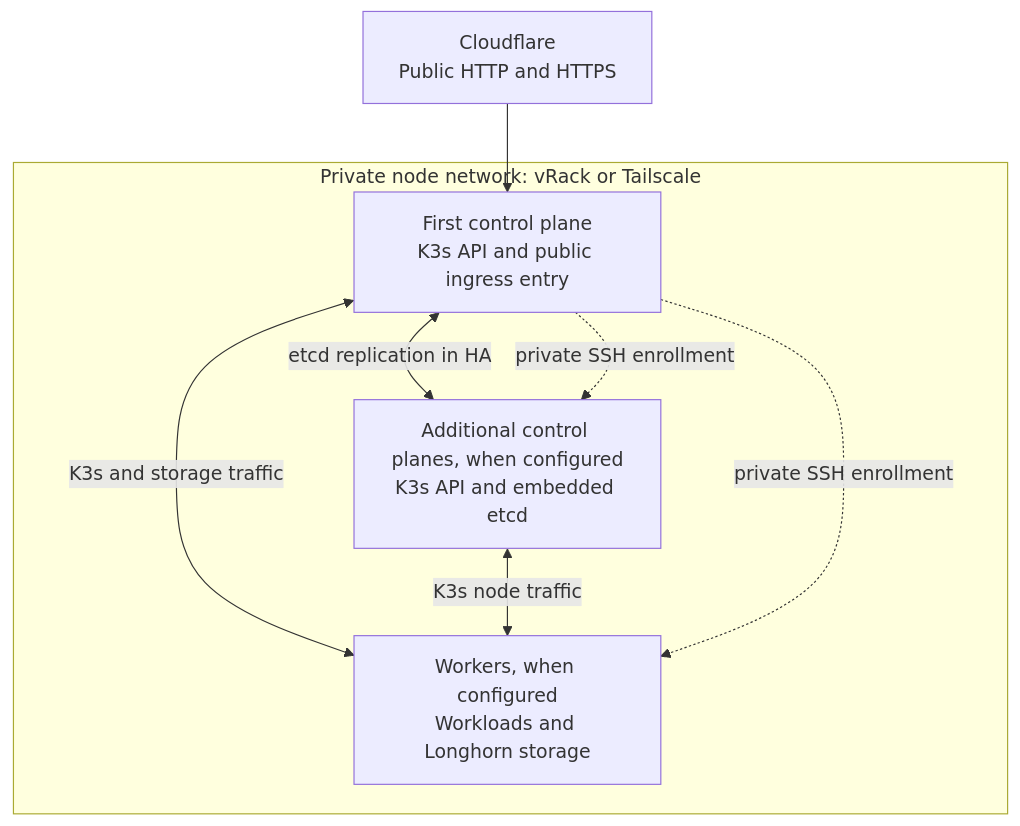
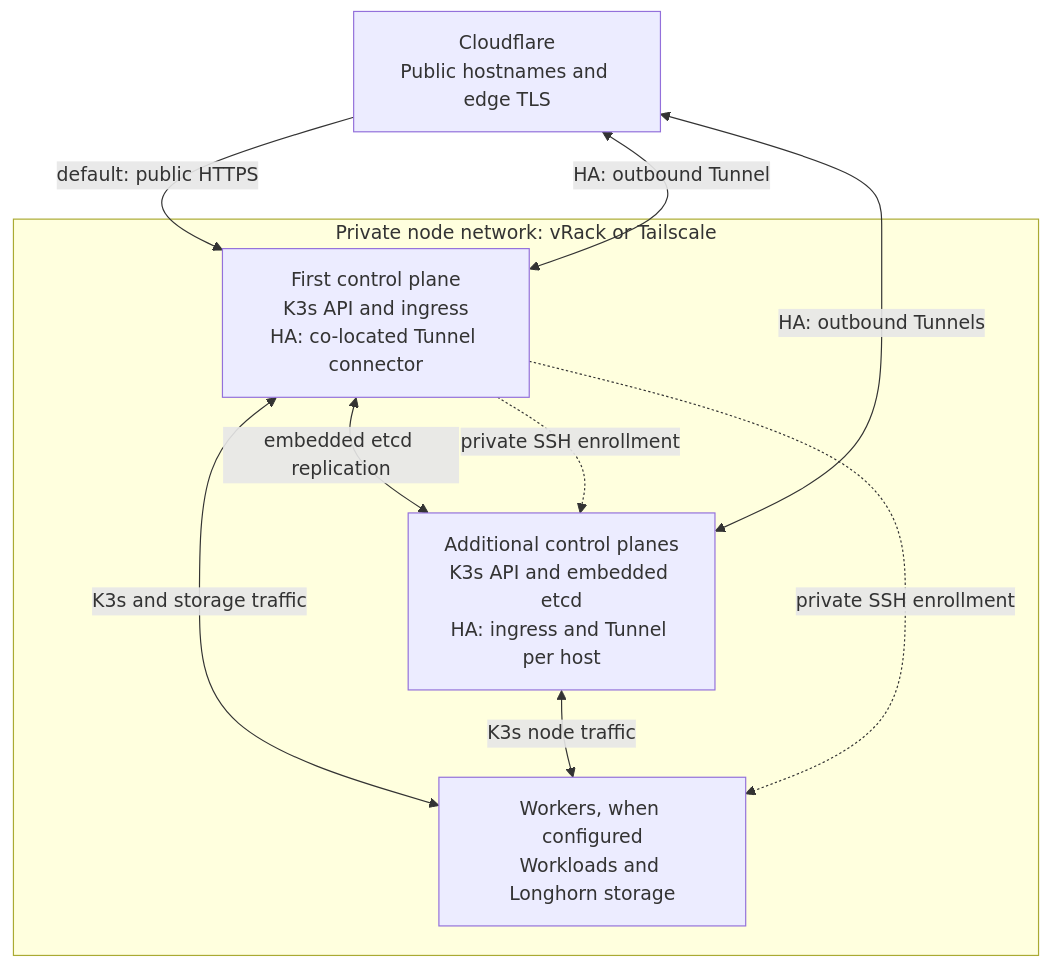
The diagram in docs/networking.md (chefzaid/bm-cluster), drawn with Mermaid before and after one commit. The commit also changed other lines of this file and 88 other files, not shown here.

````diff
--- a/docs/networking.md
+++ b/docs/networking.md
@@ -9,16 +10,19 @@
 ```mermaid
 flowchart TB
-    accTitle: Public entry point and private node topology
-    accDescr: Only the first control plane receives public web traffic. Additional control planes and workers join through vRack or Tailscale.
-    Edge["Cloudflare<br/>Public HTTP and HTTPS"] --> First
+    accTitle: Default and HA ingress over the private node network
+    accDescr: Default public traffic enters the first control plane. Opt-in HA uses outbound Cloudflare Tunnel connectors beside ingress on each control plane. Control planes and workers communicate privately through vRack or Tailscale.
+    Edge["Cloudflare<br/>Public hostnames and edge TLS"]
     subgraph Private["Private node network: vRack or Tailscale"]
-        First["First control plane<br/>K3s API and public ingress entry"]
-        Servers["Additional control planes, when configured<br/>K3s API and embedded etcd"]
+        First["First control plane<br/>K3s API and ingress<br/>HA: co-located Tunnel connector"]
+        Servers["Additional control planes<br/>K3s API and embedded etcd<br/>HA: ingress and Tunnel per host"]
         Workers["Workers, when configured<br/>Workloads and Longhorn storage"]
-        First <-->|etcd replication in HA| Servers
+        First <-->|embedded etcd replication| Servers
         First <-->|K3s and storage traffic| Workers
         Servers <-->|K3s node traffic| Workers
         First -.->|private SSH enrollment| Servers
         First -.->|private SSH enrollment| Workers
     end
+    Edge -->|default: public HTTPS| First
+    First <-->|HA: outbound Tunnel| Edge
+    Servers <-->|HA: outbound Tunnels| Edge
 ```
````
